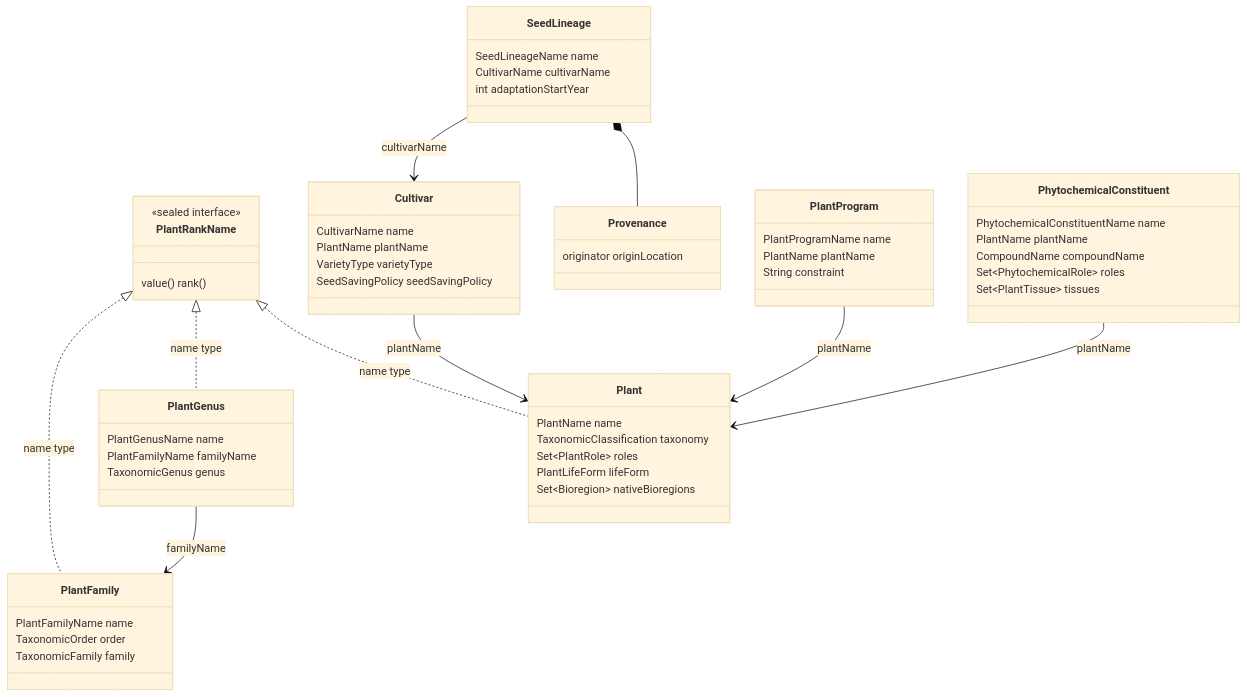
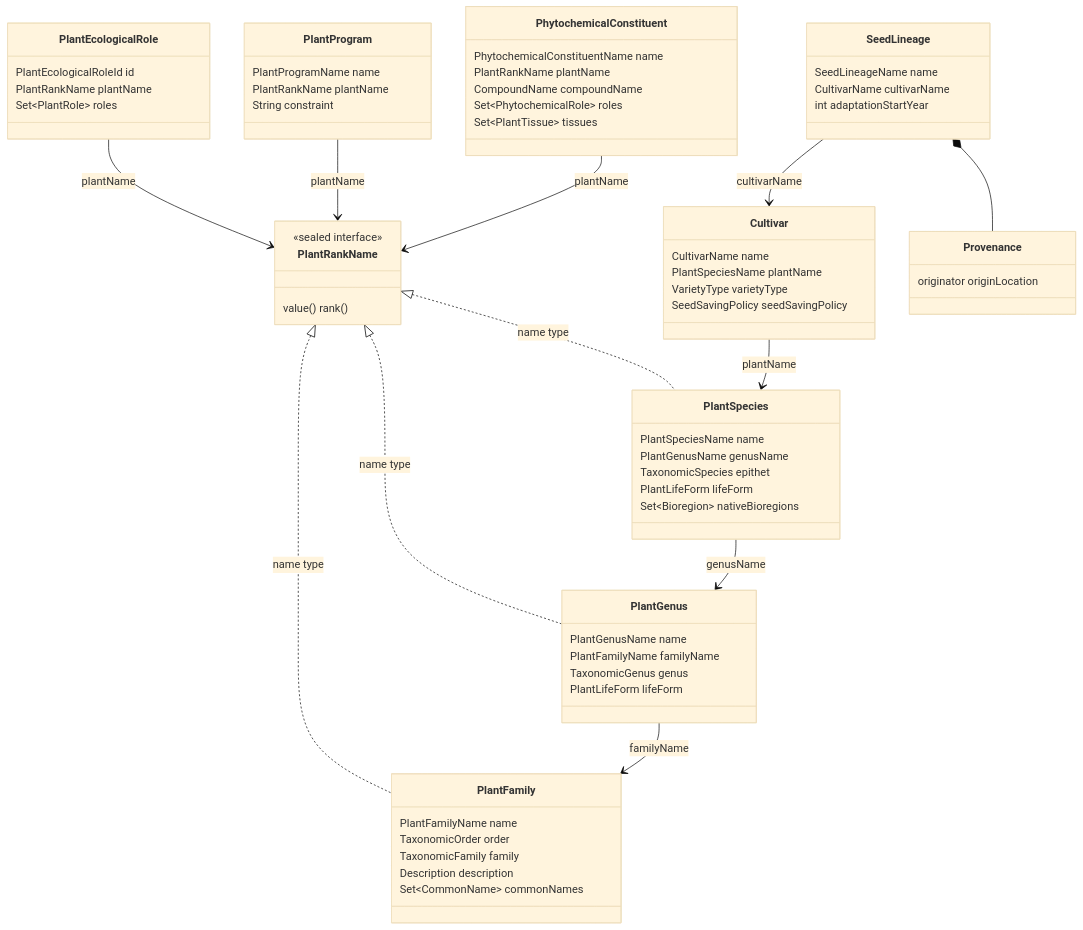
One commit to pway99/naturalist changed the third of 4 diagrams in domains/plants/docs/plants-ubl.md. Above: the diagram before and after it, drawn with Mermaid (base theme). The commit also changed other lines of this file and 97 other files, not shown here.

First line of the commit message:
refactor(plants)!: Plant becomes PlantSpecies, PlantName becomes PlantSpeciesName

````diff
--- a/domains/plants/docs/plants-ubl.md
+++ b/domains/plants/docs/plants-ubl.md
@@ -105,58 +121,68 @@
 ```mermaid
 classDiagram
     class PlantRankName {
         <<sealed interface>>
         value() rank()
     }
     class PlantFamily {
         PlantFamilyName name
         TaxonomicOrder order
         TaxonomicFamily family
+        Description description
+        Set~CommonName~ commonNames
     }
     class PlantGenus {
         PlantGenusName name
         PlantFamilyName familyName
         TaxonomicGenus genus
+        PlantLifeForm lifeForm
     }
-    class Plant {
-        PlantName name
-        TaxonomicClassification taxonomy
-        Set~PlantRole~ roles
+    class PlantSpecies {
+        PlantSpeciesName name
+        PlantGenusName genusName
+        TaxonomicSpecies epithet
         PlantLifeForm lifeForm
         Set~Bioregion~ nativeBioregions
     }
+    class PlantEcologicalRole {
+        PlantEcologicalRoleId id
+        PlantRankName plantName
+        Set~PlantRole~ roles
+    }
     class Cultivar {
         CultivarName name
-        PlantName plantName
+        PlantSpeciesName plantName
         VarietyType varietyType
         SeedSavingPolicy seedSavingPolicy
     }
     class SeedLineage {
         SeedLineageName name
         CultivarName cultivarName
         int adaptationStartYear
     }
     class Provenance { originator originLocation }
     class PlantProgram {
         PlantProgramName name
-        PlantName plantName
+        PlantRankName plantName
         String constraint
     }
     class PhytochemicalConstituent {
         PhytochemicalConstituentName name
-        PlantName plantName
+        PlantRankName plantName
         CompoundName compoundName
         Set~PhytochemicalRole~ roles
         Set~PlantTissue~ tissues
     }
 
     PlantRankName <|.. PlantFamily : name type
     PlantRankName <|.. PlantGenus : name type
-    PlantRankName <|.. Plant : name type
+    PlantRankName <|.. PlantSpecies : name type
+    PlantSpecies --> PlantGenus : genusName
     PlantGenus --> PlantFamily : familyName
-    Cultivar --> Plant : plantName
+    PlantEcologicalRole --> PlantRankName : plantName
+    PlantProgram --> PlantRankName : plantName
+    PhytochemicalConstituent --> PlantRankName : plantName
+    Cultivar --> PlantSpecies : plantName
     SeedLineage --> Cultivar : cultivarName
     SeedLineage *-- Provenance
-    PlantProgram --> Plant : plantName
-    PhytochemicalConstituent --> Plant : plantName
 ```
````
